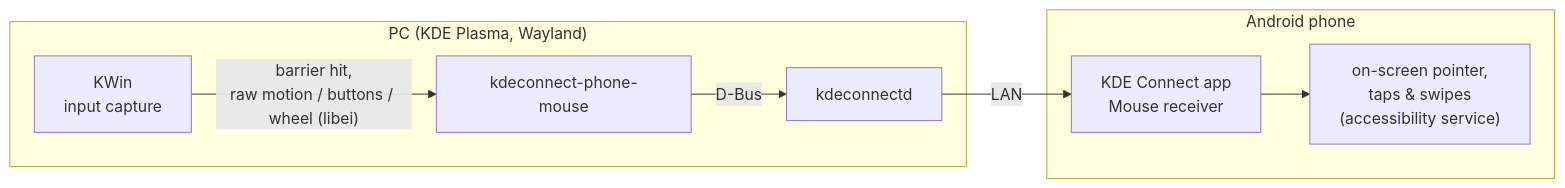
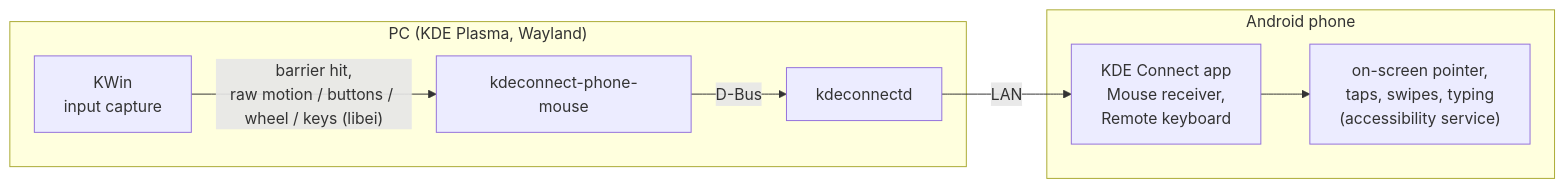
Before and after one commit to marosmars/kdeconnect-phone-mouse: the diagram in README.md, drawn with Mermaid. The commit also changed other lines of this file and 4 other files, not shown here.

First line of the commit message:
Add keyboard forwarding and an Alt+Tab entry for the phone (0.3.0)

````diff
--- a/README.md
+++ b/README.md
@@ -33,11 +38,11 @@
 ```mermaid
 flowchart LR
     subgraph PC["PC (KDE Plasma, Wayland)"]
-        K["KWin<br/>input capture"] -- "barrier hit,<br/>raw motion / buttons / wheel (libei)" --> S["kdeconnect-phone-mouse"]
+        K["KWin<br/>input capture"] -- "barrier hit,<br/>raw motion / buttons / wheel / keys (libei)" --> S["kdeconnect-phone-mouse"]
         S -- "D-Bus" --> D["kdeconnectd"]
     end
     D -- "LAN" --> A
     subgraph Phone["Android phone"]
-        A["KDE Connect app<br/>Mouse receiver"] --> P["on-screen pointer,<br/>taps & swipes<br/>(accessibility service)"]
+        A["KDE Connect app<br/>Mouse receiver,<br/>Remote keyboard"] --> P["on-screen pointer,<br/>taps, swipes, typing<br/>(accessibility service)"]
     end
 ```
````
